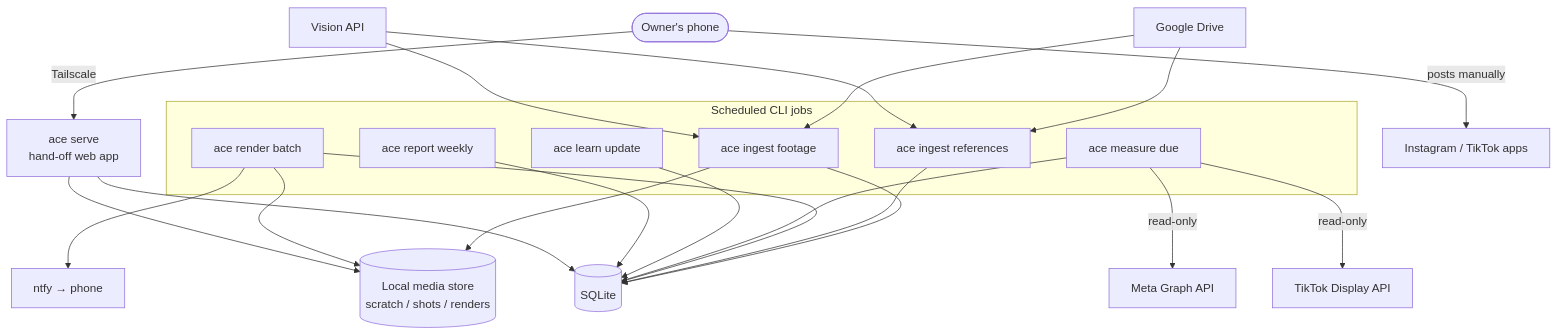
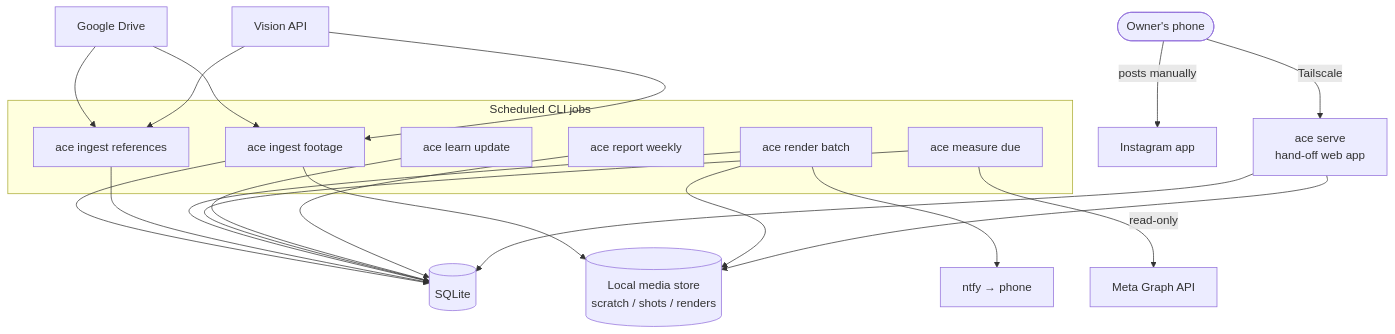
One commit to wesolmsted/auto-content changed the first of 4 diagrams in docs/DESIGN.md. Above: the diagram before and after it, drawn with Mermaid. The commit also changed other lines of this file and 46 other files, not shown here.

First line of the commit message:
Reduce scope to Instagram Trial Reels only; remove TikTok

````diff
--- a/docs/DESIGN.md
+++ b/docs/DESIGN.md
@@ -39,26 +40,25 @@
 ```mermaid
 flowchart TB
     subgraph Scheduled CLI jobs
         ING[ace ingest footage]
         REF[ace ingest references]
         GEN[ace render batch]
         MEA[ace measure due]
         LRN[ace learn update]
         RPT[ace report weekly]
     end
     WEB[ace serve<br/>hand-off web app]
 
     DB[(SQLite)]
     FS[(Local media store<br/>scratch / shots / renders)]
 
     DRIVE[Google Drive] --> ING & REF
     VISION[Vision API] --> ING & REF
     ING & REF & GEN & MEA & LRN & RPT & WEB --> DB
     ING & GEN --> FS
     WEB --> FS
     GEN --> NTFY[ntfy → phone]
     PHONE([Owner's phone]) -->|Tailscale| WEB
-    PHONE -->|posts manually| APPS[Instagram / TikTok apps]
+    PHONE -->|posts manually| APPS[Instagram app]
     MEA -->|read-only| META[Meta Graph API]
-    MEA -->|read-only| TT[TikTok Display API]
 ```
````
